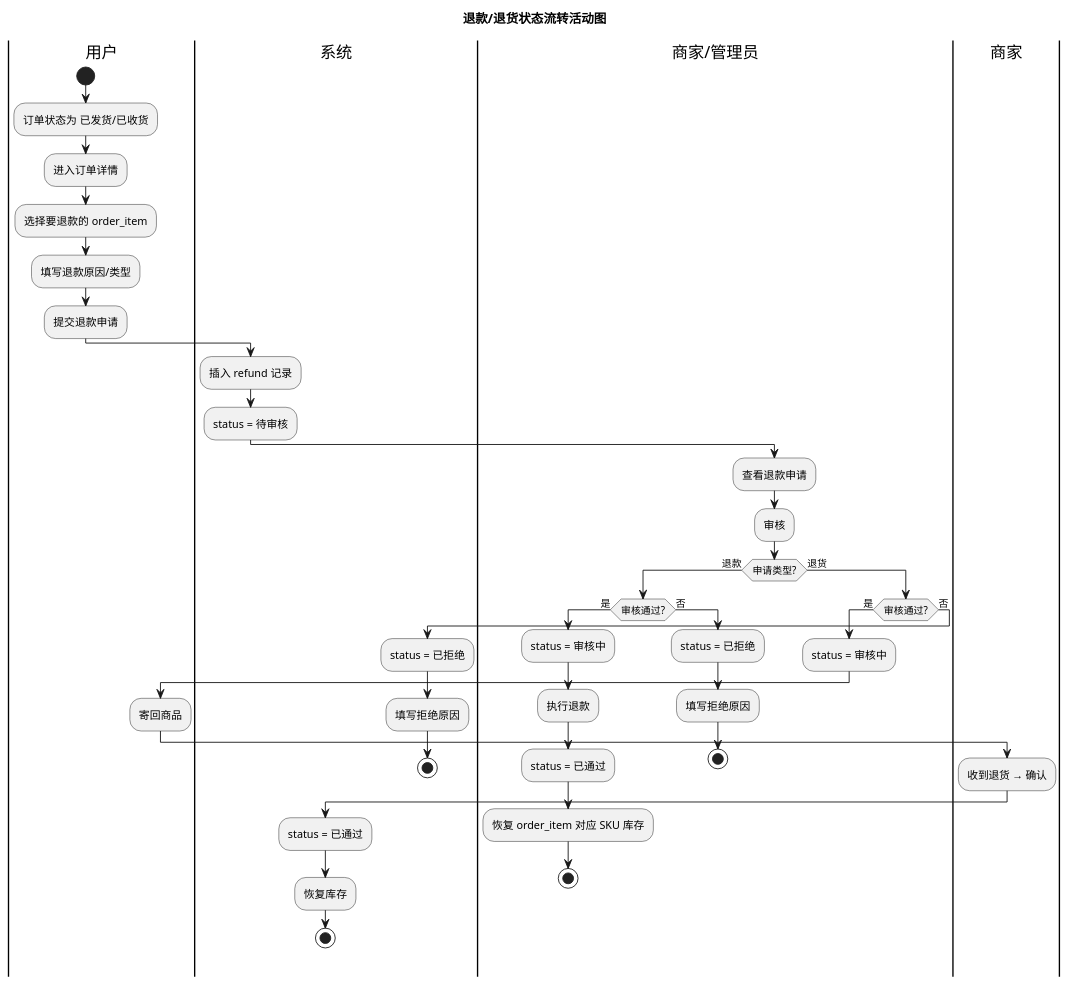
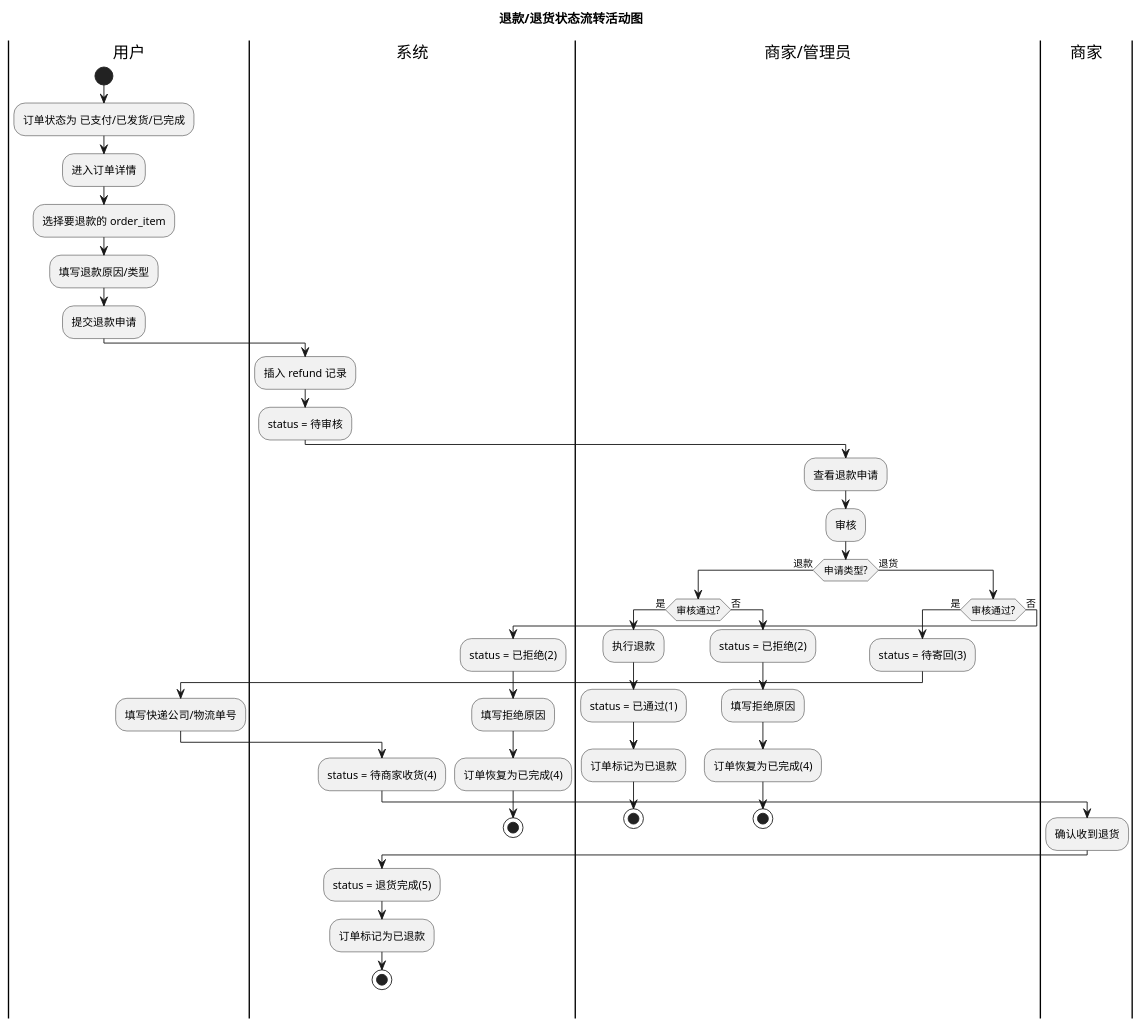
One commit to KIM406-CMD/chrono changed the third of 3 diagrams in uml/uml-activity.puml. Above: the diagram before and after it, drawn with PlantUML. The commit also changed other lines of this file and 21 other files, not shown here.

First line of the commit message:
docs: 同步设计文档与 UML 图

```diff
--- a/uml/uml-activity.puml
+++ b/uml/uml-activity.puml
@@ -134,51 +129,54 @@
 @startuml 退款退货状态流转
 
 title 退款/退货状态流转活动图
 
 |用户|
 start
-:订单状态为 已发货/已收货;
+:订单状态为 已支付/已发货/已完成;
 :进入订单详情;
 :选择要退款的 order_item;
 :填写退款原因/类型;
 :提交退款申请;
 
 |系统|
 :插入 refund 记录;
 :status = 待审核;
 
 |商家/管理员|
 :查看退款申请;
 :审核;
 
 if (申请类型?) then (退款)
   if (审核通过?) then (是)
-    :status = 审核中;
     :执行退款;
-    :status = 已通过;
-    :恢复 order_item 对应 SKU 库存;
+    :status = 已通过(1);
+    :订单标记为已退款;
     stop
   else (否)
-    :status = 已拒绝;
+    :status = 已拒绝(2);
     :填写拒绝原因;
+    :订单恢复为已完成(4);
     stop
   endif
 else (退货)
   if (审核通过?) then (是)
-    :status = 审核中;
+    :status = 待寄回(3);
     |用户|
-    :寄回商品;
+    :填写快递公司/物流单号;
+    |系统|
+    :status = 待商家收货(4);
     |商家|
-    :收到退货 → 确认;
+    :确认收到退货;
     |系统|
-    :status = 已通过;
-    :恢复库存;
+    :status = 退货完成(5);
+    :订单标记为已退款;
     stop
   else (否)
-    :status = 已拒绝;
+    :status = 已拒绝(2);
     :填写拒绝原因;
+    :订单恢复为已完成(4);
     stop
   endif
 endif
 
 @enduml
```
